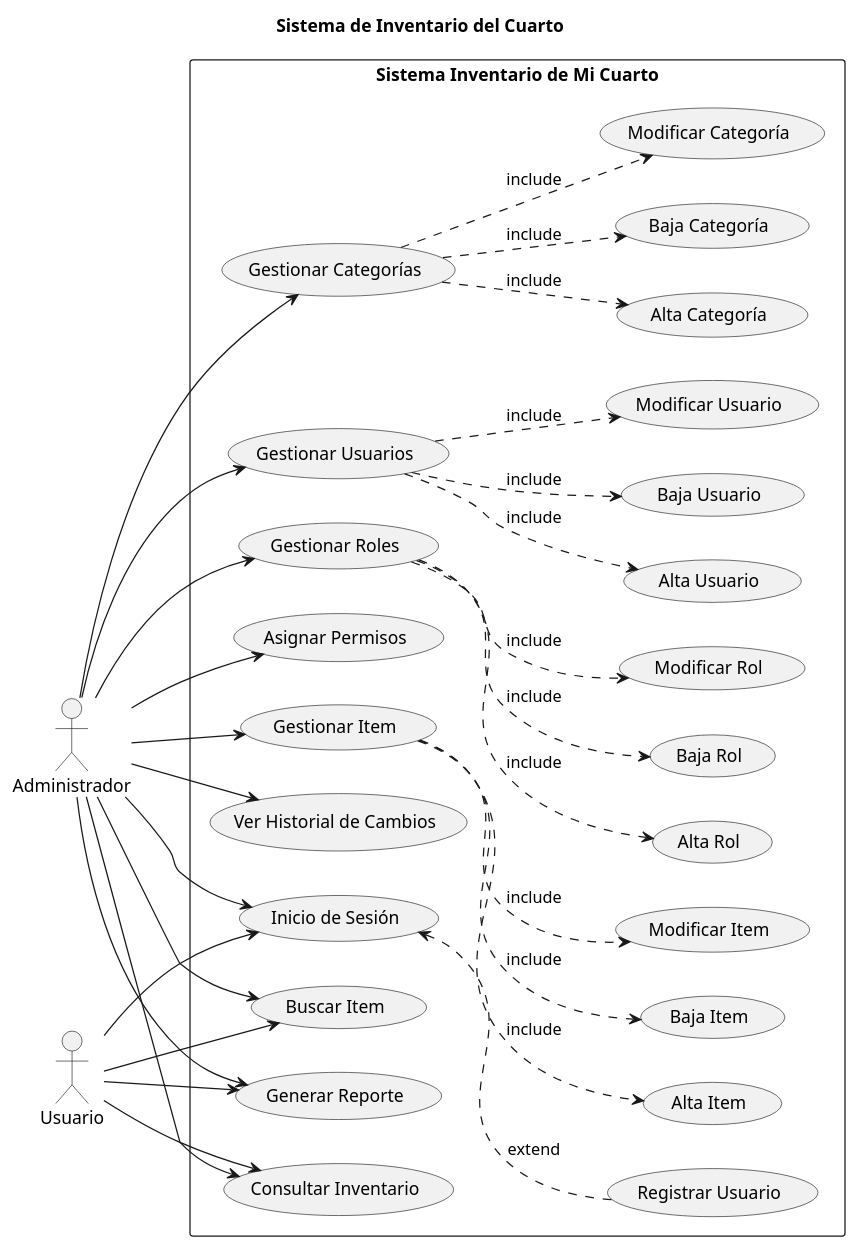
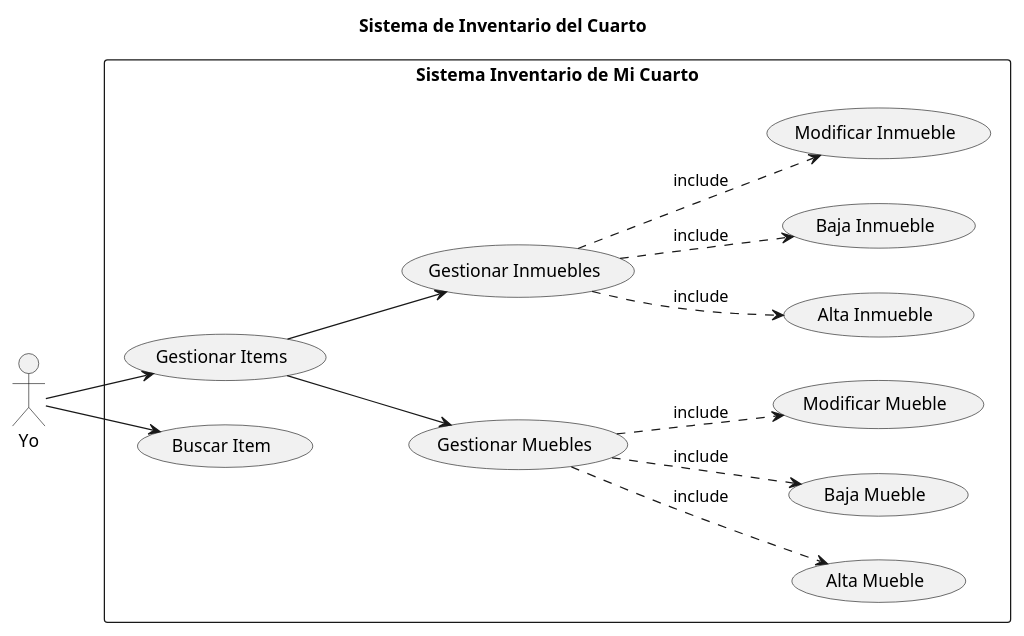
Before and after one commit to ricardouriegas/notas-cuatri7: the diagram in UML-homework.puml, drawn with PlantUML. The commit also changed 1 other file, not shown here.

```diff
--- a/UML-homework.puml
+++ b/UML-homework.puml
@@ -1,80 +1,40 @@
 @startuml cuarto
 ' view in vertical direction
 left to right direction
 title Sistema de Inventario del Cuarto
 
-:Administrador: as Admin
-:Usuario: as User
+:Yo: as Admin
 
 rectangle "Sistema Inventario de Mi Cuarto" {
-    (Inicio de Sesión) as CU0
-    (Registrar Usuario) as CU0.1
-    (Gestionar Item) as CU1
-    (Consultar Inventario) as CU4
-    (Buscar Item) as CU5
-    (Generar Reporte) as CU6
-    (Ver Historial de Cambios) as CU7
-    (Gestionar Categorías) as CU8
-    (Gestionar Usuarios) as CU10
-    (Gestionar Roles) as CU11
-    (Asignar Permisos) as CU12
+    (Gestionar Items) as CU1
+    (Gestionar Muebles) as CU2
+    (Gestionar Inmuebles) as CU3
+    (Buscar Item) as CU4
 
-    ' item
-    (Alta Item) as CU1.1
-    (Baja Item) as CU1.2
-    (Modificar Item) as CU1.3
+    ' mueble
+    (Alta Mueble) as CU2.1
+    (Baja Mueble) as CU2.2
+    (Modificar Mueble) as CU2.3
 
-    ' categoría
-    (Alta Categoría) as CU8.1
-    (Baja Categoría) as CU8.2
-    (Modificar Categoría) as CU8.3
+    ' inmueble
+    (Alta Inmueble) as CU3.1
+    (Baja Inmueble) as CU3.2
+    (Modificar Inmueble) as CU3.3
 
-    ' usuarios
-    (Alta Usuario) as CU10.1
-    (Baja Usuario) as CU10.2
-    (Modificar Usuario) as CU10.3
+    CU2 .-> CU2.1 : include
+    CU2 .-> CU2.2 : include
+    CU2 .-> CU2.3 : include
 
-    ' roles
-    (Alta Rol) as CU11.1
-    (Baja Rol) as CU11.2
-    (Modificar Rol) as CU11.3
+    CU3 .-> CU3.1 : include
+    CU3 .-> CU3.2 : include
+    CU3 .-> CU3.3 : include
 
-
-    ' todos los gestionar deben tener include alta, baja, modificación y consulta
-    CU1 .-> CU1.1 : include
-    CU1 .-> CU1.2 : include
-    CU1 .-> CU1.3 : include
-
-    CU8 .-> CU8.1 : include
-    CU8 .-> CU8.2 : include
-    CU8 .-> CU8.3 : include
-
-    CU10 .-> CU10.1 : include
-    CU10 .-> CU10.2 : include
-    CU10 .-> CU10.3 : include
-
-    CU11 .-> CU11.1 : include
-    CU11 .-> CU11.2 : include
-    CU11 .-> CU11.3 : include
 }
 
-CU0 <.- CU0.1 : extend
+CU1 --> CU2
+CU1 --> CU3
 
-Admin --> CU0
 Admin --> CU1
 Admin --> CU4
-Admin --> CU5
-Admin --> CU6
-Admin --> CU7
-Admin --> CU8
-Admin --> CU10
-Admin --> CU11
-Admin --> CU12
-
-User --> CU0
-User --> CU4
-User --> CU5
-User --> CU6
-
 
 @enduml
```
